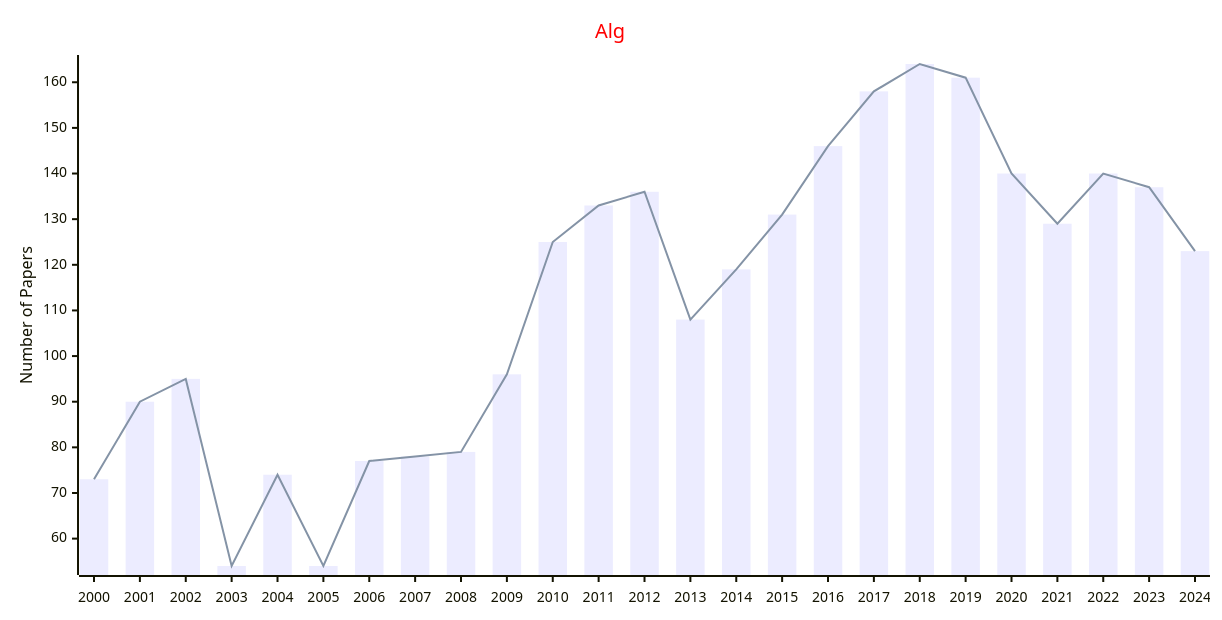
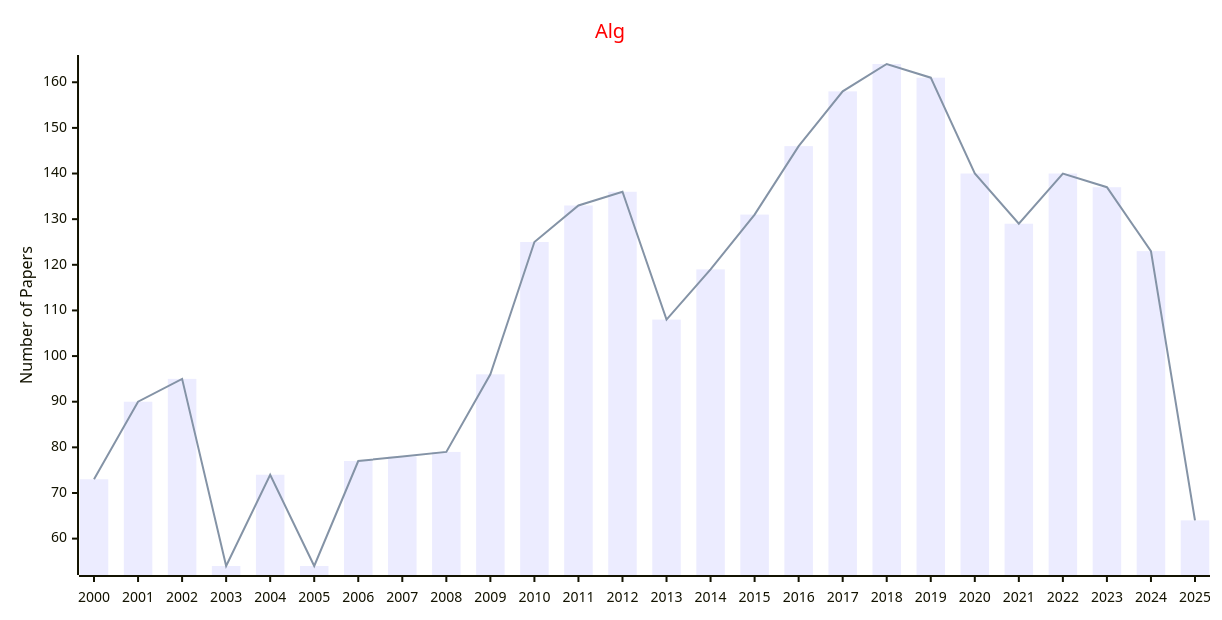
One commit to Easy-PhD/AILinks changed the eighth of 59 diagrams in docs/data/Journals/Publishers_Journals/SPRINGER.md. Above: the diagram before and after it, drawn with Mermaid. The commit also changed other lines of this file and 107 other files, not shown here.

````diff
--- a/docs/data/Journals/Publishers_Journals/SPRINGER.md
+++ b/docs/data/Journals/Publishers_Journals/SPRINGER.md
@@ -179,17 +179,17 @@
 ```mermaid
 ---
 config:
     xyChart:
         width: 1200
         height: 600
     themeVariables:
         xyChart:
             titleColor: "#ff0000"
 ---
 xychart-beta
     title "Alg"
-    x-axis [2000, 2001, 2002, 2003, 2004, 2005, 2006, 2007, 2008, 2009, 2010, 2011, 2012, 2013, 2014, 2015, 2016, 2017, 2018, 2019, 2020, 2021, 2022, 2023, 2024]
+    x-axis [2000, 2001, 2002, 2003, 2004, 2005, 2006, 2007, 2008, 2009, 2010, 2011, 2012, 2013, 2014, 2015, 2016, 2017, 2018, 2019, 2020, 2021, 2022, 2023, 2024, 2025]
     y-axis "Number of Papers"
-    bar [73, 90, 95, 54, 74, 54, 77, 78, 79, 96, 125, 133, 136, 108, 119, 131, 146, 158, 164, 161, 140, 129, 140, 137, 123]
-    line [73, 90, 95, 54, 74, 54, 77, 78, 79, 96, 125, 133, 136, 108, 119, 131, 146, 158, 164, 161, 140, 129, 140, 137, 123]
+    bar [73, 90, 95, 54, 74, 54, 77, 78, 79, 96, 125, 133, 136, 108, 119, 131, 146, 158, 164, 161, 140, 129, 140, 137, 123, 64]
+    line [73, 90, 95, 54, 74, 54, 77, 78, 79, 96, 125, 133, 136, 108, 119, 131, 146, 158, 164, 161, 140, 129, 140, 137, 123, 64]
 ```
````
